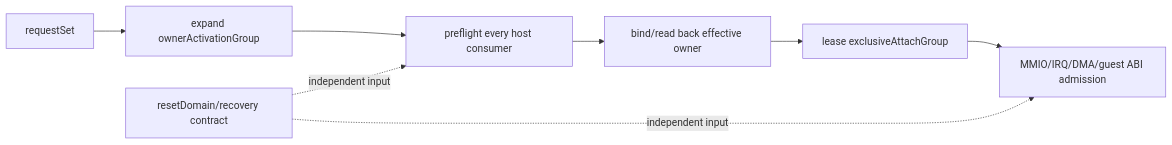
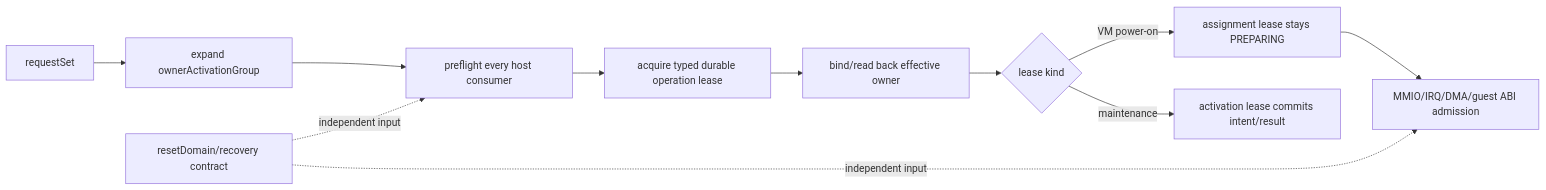
One commit to JoJoJoinme/pci-mmio-notes changed the sixth of 11 diagrams in qman-directpath-implementation-blueprint.md. Above: the diagram before and after it, drawn with Mermaid. The commit also changed other lines of this file and 69 other files, not shown here.

````diff
--- a/qman-directpath-implementation-blueprint.md
+++ b/qman-directpath-implementation-blueprint.md
@@ -1024,10 +1226,13 @@
 ```mermaid
 flowchart LR
     REQ["requestSet"] --> EXPAND["expand ownerActivationGroup"]
     EXPAND --> PREFLIGHT["preflight every host consumer"]
-    PREFLIGHT --> OWNER["bind/read back effective owner"]
-    OWNER --> LEASE["lease exclusiveAttachGroup"]
-    LEASE --> ADMIT["MMIO/IRQ/DMA/guest ABI admission"]
+    PREFLIGHT --> OPLEASE["acquire typed durable operation lease"]
+    OPLEASE --> OWNER["bind/read back effective owner"]
+    OWNER --> LEASEKIND{"lease kind"}
+    LEASEKIND -->|"VM power-on"| ATTACHLEASE["assignment lease stays PREPARING"]
+    LEASEKIND -->|"maintenance"| MAINTLEASE["activation lease commits intent/result"]
+    ATTACHLEASE --> ADMIT["MMIO/IRQ/DMA/guest ABI admission"]
     RESET["resetDomain/recovery contract"] -. independent input .-> PREFLIGHT
     RESET -. independent input .-> ADMIT
 ```
````
